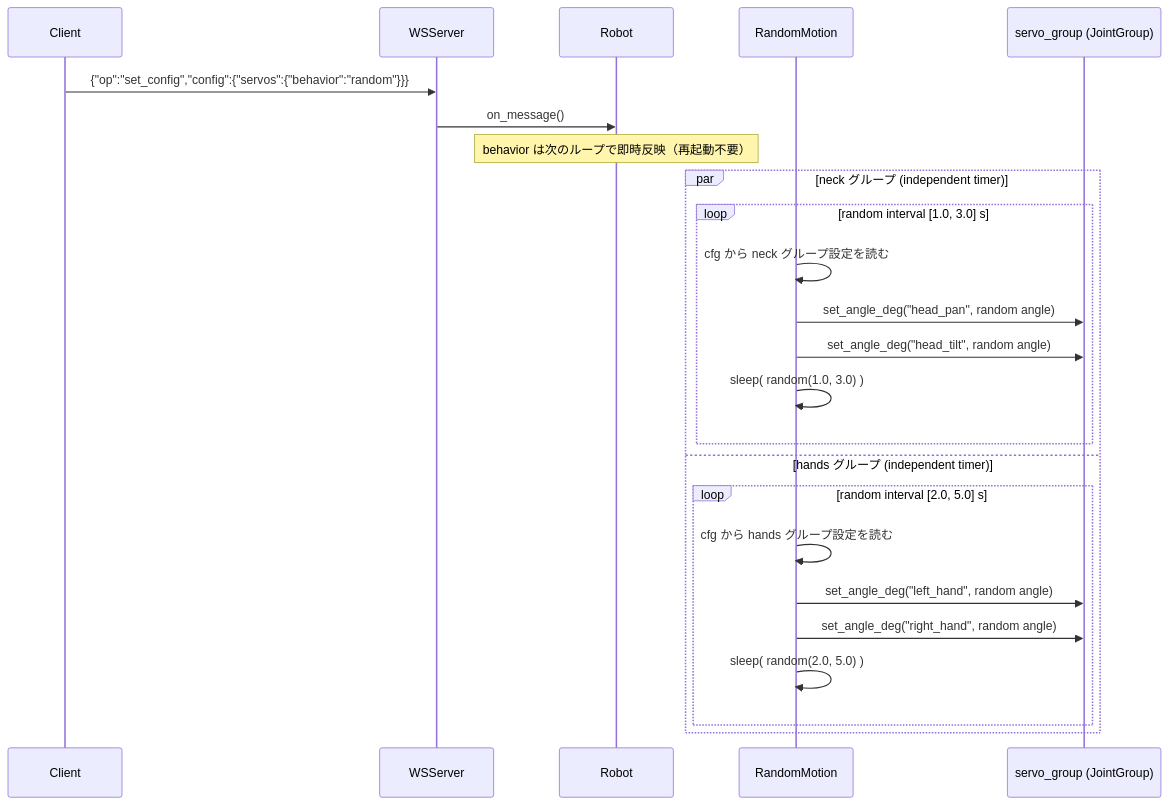
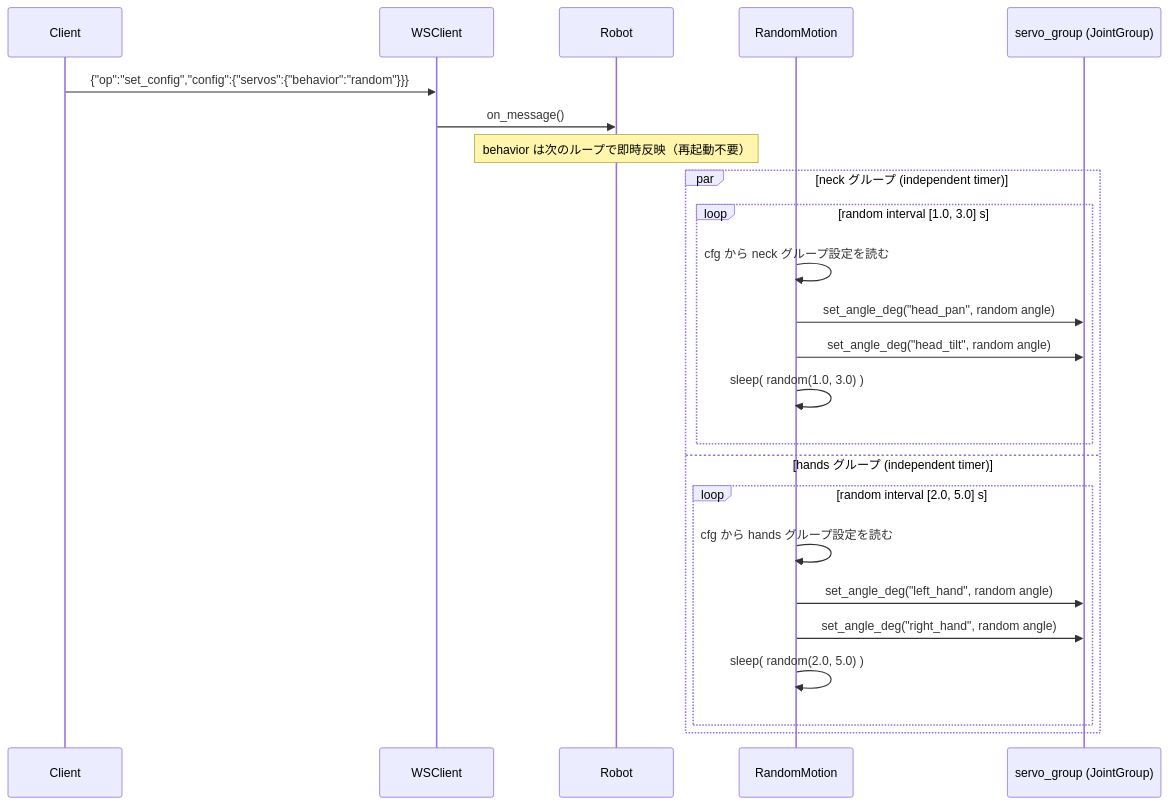
Before and after one commit to smabo-smartphone-robot/smabo-smartphone-robot.github.io: the eighth of 14 diagrams in docs/architecture/design.md, drawn with Mermaid. The commit also changed other lines of this file and 5 other files, not shown here.

````diff
--- a/docs/architecture/design.md
+++ b/docs/architecture/design.md
@@ -368,28 +393,28 @@
 ```mermaid
 sequenceDiagram
     participant Client
-    participant WSServer
+    participant WSClient
     participant Robot
     participant RM as RandomMotion
     participant JG as servo_group (JointGroup)
 
-    Client->>WSServer: {"op":"set_config","config":{"servos":{"behavior":"random"}}}
-    WSServer->>Robot: on_message()
+    Client->>WSClient: {"op":"set_config","config":{"servos":{"behavior":"random"}}}
+    WSClient->>Robot: on_message()
     Note over Robot: behavior は次のループで即時反映（再起動不要）
 
     par neck グループ (independent timer)
         loop random interval [1.0, 3.0] s
             RM->>RM: cfg から neck グループ設定を読む
             RM->>JG: set_angle_deg("head_pan",  random angle)
             RM->>JG: set_angle_deg("head_tilt", random angle)
             RM->>RM: sleep( random(1.0, 3.0) )
         end
     and hands グループ (independent timer)
         loop random interval [2.0, 5.0] s
             RM->>RM: cfg から hands グループ設定を読む
             RM->>JG: set_angle_deg("left_hand",  random angle)
             RM->>JG: set_angle_deg("right_hand", random angle)
             RM->>RM: sleep( random(2.0, 5.0) )
         end
     end
 ```
````
